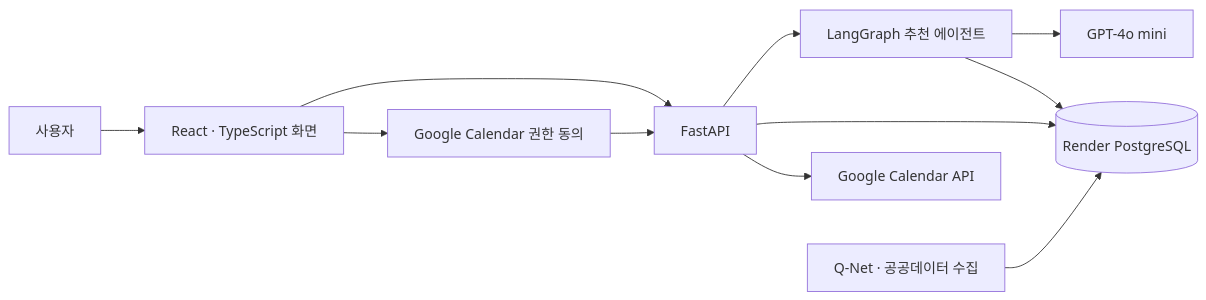
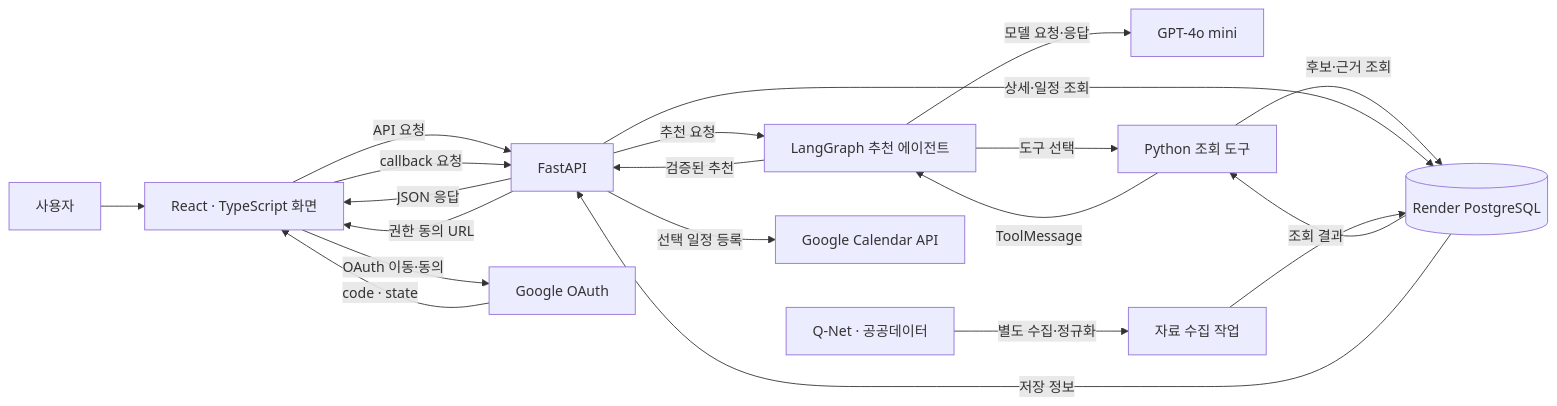
One commit to munchkin112/AIO_2_2_Q-net changed the first of 2 diagrams in README.md. Above: the diagram before and after it, drawn with Mermaid. The commit also changed other lines of this file, not shown here.

Commit message:
docs: clarify architecture flow and team roster

````diff
--- a/README.md
+++ b/README.md
@@ -111,13 +113,22 @@
 ```mermaid
 flowchart LR
     U[사용자] --> F[React · TypeScript 화면]
-    F --> A[FastAPI]
-    A --> R[LangGraph 추천 에이전트]
-    R --> L[GPT-4o mini]
-    R --> D[(Render PostgreSQL)]
-    A --> D
-    Q[Q-Net · 공공데이터 수집] --> D
-    F --> O[Google Calendar 권한 동의]
-    O --> A
-    A --> G[Google Calendar API]
+    F -->|API 요청| A[FastAPI]
+    A -->|추천 요청| R[LangGraph 추천 에이전트]
+    R -->|모델 요청·응답| L[GPT-4o mini]
+    R -->|도구 선택| T[Python 조회 도구]
+    T -->|후보·근거 조회| D[(Render PostgreSQL)]
+    D -->|조회 결과| T
+    T -->|ToolMessage| R
+    A -->|상세·일정 조회| D
+    D -->|저장 정보| A
+    R -->|검증된 추천| A
+    A -->|JSON 응답| F
+    Q[Q-Net · 공공데이터] -->|별도 수집·정규화| C[자료 수집 작업]
+    C --> D
+    A -->|권한 동의 URL| F
+    F -->|OAuth 이동·동의| G[Google OAuth]
+    G -->|code · state| F
+    F -->|callback 요청| A
+    A -->|선택 일정 등록| GC[Google Calendar API]
 ```
````
